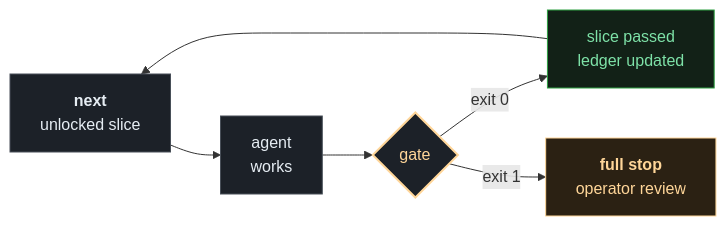
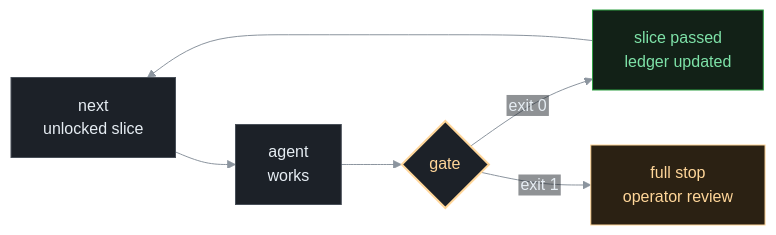
The second of 3 diagrams in README.md (pietro-falco/harnesswright), drawn with Mermaid before and after one commit. The commit also changed other lines of this file, not shown here.

Commit message:
docs(readme): mermaid house style v2 — native SVG labels, color legend (S-SR-004)

````diff
--- a/README.md
+++ b/README.md
@@ -76,16 +83,16 @@
 ```mermaid
-%%{init: {"theme":"base","themeVariables":{"fontFamily":"-apple-system,BlinkMacSystemFont,'Segoe UI',Helvetica,Arial,sans-serif","fontSize":"15px","primaryColor":"#1c2128","primaryTextColor":"#e6edf3","primaryBorderColor":"#484f58","lineColor":"#8b949e","edgeLabelBackground":"#21262d"},"flowchart":{"htmlLabels":true,"curve":"basis","padding":14,"nodeSpacing":50,"rankSpacing":55,"wrappingWidth":260}}}%%
+%%{init: {"theme":"base","themeVariables":{"primaryColor":"#1c2128","primaryTextColor":"#e6edf3","primaryBorderColor":"#484f58","lineColor":"#8b949e","edgeLabelBackground":"#21262d","clusterBkg":"transparent","clusterBorder":"#30363d"},"flowchart":{"htmlLabels":false,"curve":"basis","padding":16,"nodeSpacing":55,"rankSpacing":60}}}%%
 flowchart LR
-    s1["<b>next</b><br/>unlocked slice"] --> s2["agent<br/>works"]
+    s1["next<br/>unlocked slice"] --> s2["agent<br/>works"]
     s2 --> s3{"gate"}
     s3 -->|"exit 0"| s4["slice passed<br/>ledger updated"]
-    s3 -->|"exit 1"| s5["<b>full stop</b><br/>operator review"]
+    s3 -->|"exit 1"| s5["full stop<br/>operator review"]
     s4 --> s1
     classDef default fill:#1c2128,stroke:#484f58,color:#e6edf3
     classDef gate fill:#1c2128,stroke:#ffd699,color:#ffd699,stroke-width:2px
     classDef pass fill:#122117,stroke:#2ea043,color:#7ee2a8
     classDef halt fill:#2b2113,stroke:#ffd699,color:#ffd699
     class s3 gate
     class s4 pass
     class s5 halt
 ```
````
